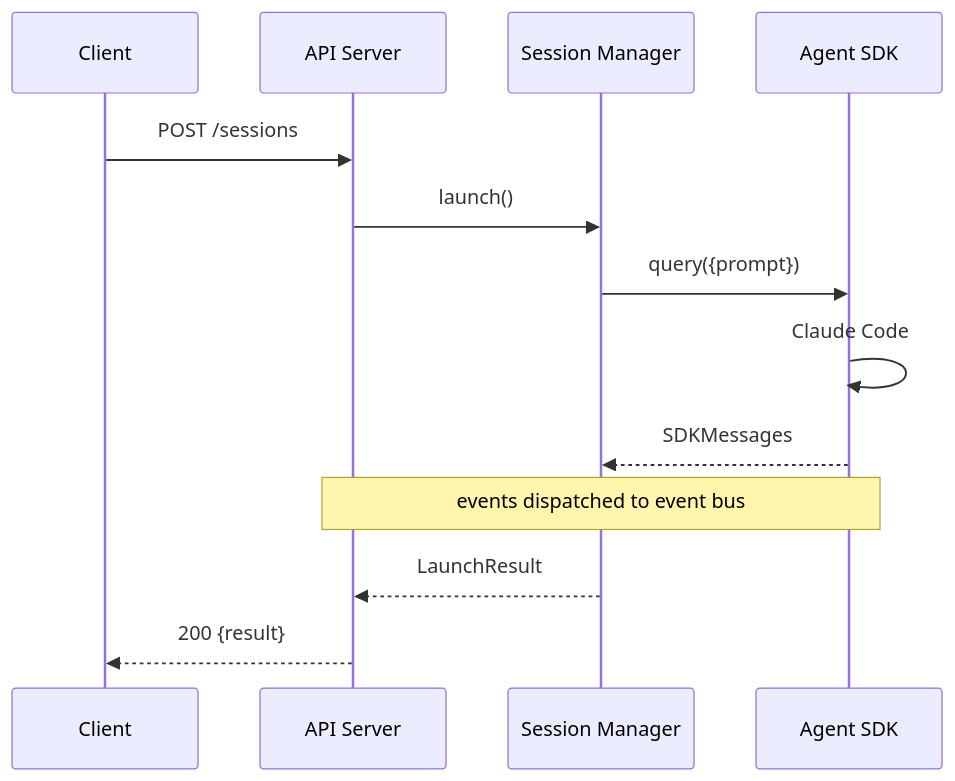
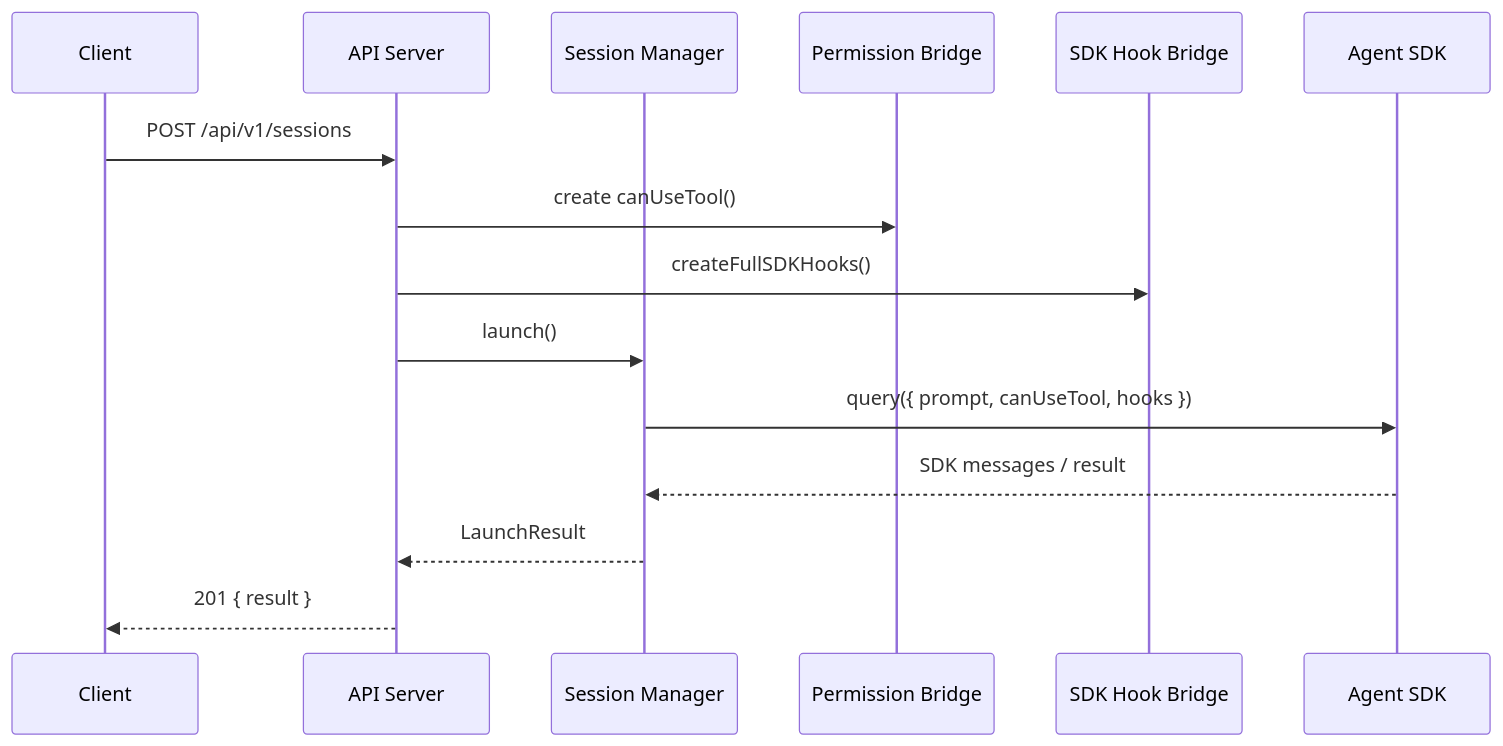
One commit to juanbermudez/cc-middleware changed the second of 4 diagrams in docs/architecture/README.md. Above: the diagram before and after it, drawn with Mermaid. The commit also changed other lines of this file and 6 other files, not shown here.

````diff
--- a/docs/architecture/README.md
+++ b/docs/architecture/README.md
@@ -117,16 +130,18 @@
 ```mermaid
 sequenceDiagram
     participant Client
     participant API as API Server
     participant SM as Session Manager
+    participant Perm as Permission Bridge
+    participant Hooks as SDK Hook Bridge
     participant SDK as Agent SDK
 
-    Client->>API: POST /sessions
+    Client->>API: POST /api/v1/sessions
+    API->>Perm: create canUseTool()
+    API->>Hooks: createFullSDKHooks()
     API->>SM: launch()
-    SM->>SDK: query({prompt})
-    SDK->>SDK: Claude Code
-    SDK-->>SM: SDKMessages
-    Note over API,SDK: events dispatched to event bus
+    SM->>SDK: query({ prompt, canUseTool, hooks })
+    SDK-->>SM: SDK messages / result
     SM-->>API: LaunchResult
-    API-->>Client: 200 {result}
+    API-->>Client: 201 { result }
 ```
````
